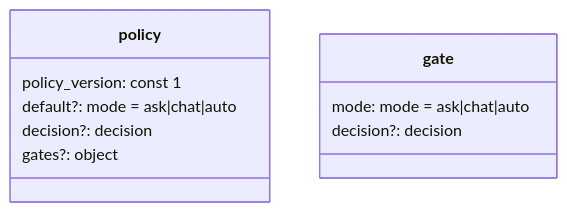
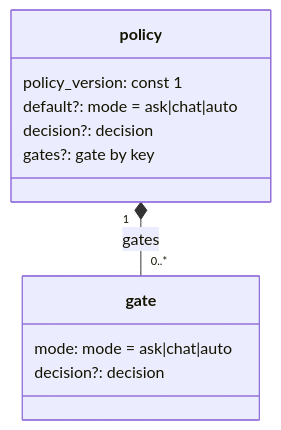
Before and after one commit to benchhand/benchhand-next: diagram 21 of 24 in docs/contract/generated/domain-model.md, drawn with Mermaid. The commit also changed other lines of this file and 3 other files, not shown here.

Commit message:
fix(contracts): keep nullability, typed map values, tuples and nested array bounds in the domain model, write literals as JSON, and count the overview's $refs from the schemas

````diff
--- a/docs/contract/generated/domain-model.md
+++ b/docs/contract/generated/domain-model.md
@@ -2628,13 +2645,14 @@
 ```mermaid
 classDiagram
     class record_policy["policy"] {
         policy_version: const 1
         default?: mode = ask|chat|auto
         decision?: decision
-        gates?: object
+        gates?: gate by key
     }
     class record_policy__gate["gate"] {
         mode: mode = ask|chat|auto
         decision?: decision
     }
+    record_policy "1" *-- "0..*" record_policy__gate : gates
 ```
````
